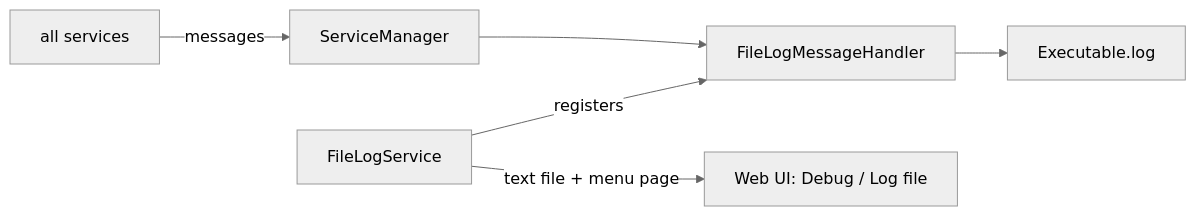
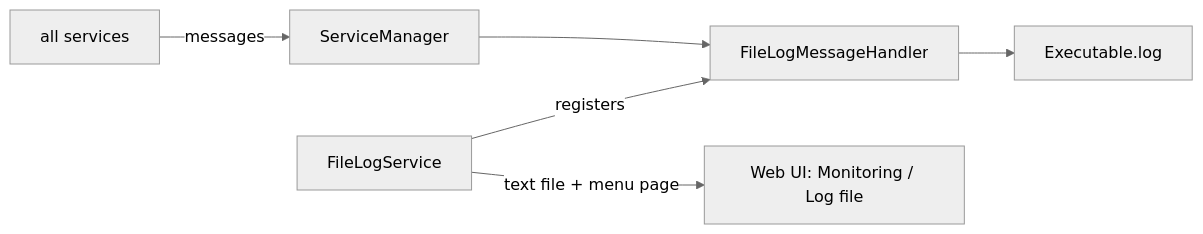
The diagram in SysWeaver.MicroServices.Log/README.md (dosh1974/SysWeaver), drawn with Mermaid (neutral theme) before and after one commit. The commit also changed other lines of this file and 324 other files, not shown here.

````diff
--- a/SysWeaver.MicroServices.Log/README.md
+++ b/SysWeaver.MicroServices.Log/README.md
@@ -18,8 +18,8 @@
 ```mermaid
 flowchart LR
   Services["all services"] -->|messages| SM["ServiceManager"]
   SM --> H["FileLogMessageHandler"]
   FLS["FileLogService"] -->|registers| H
   H --> File["Executable.log"]
-  FLS -->|text file + menu page| UI["Web UI: Debug / Log file"]
+  FLS -->|text file + menu page| UI["Web UI: Monitoring / Log file"]
 ```
````
